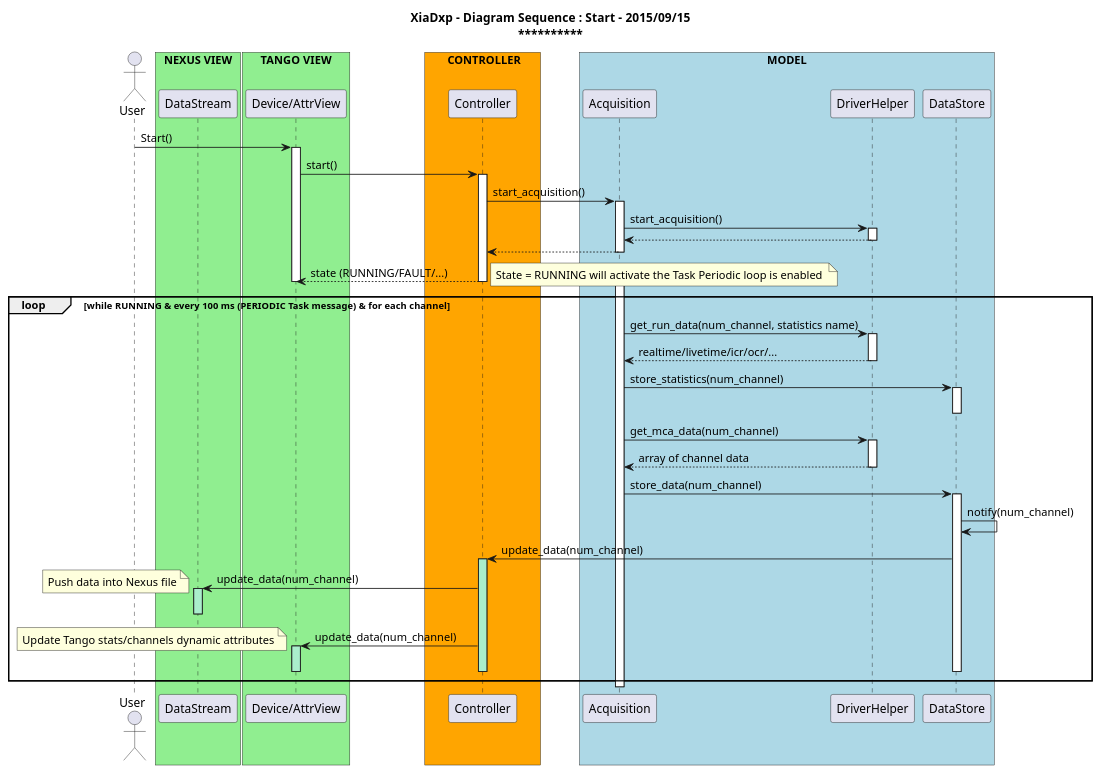
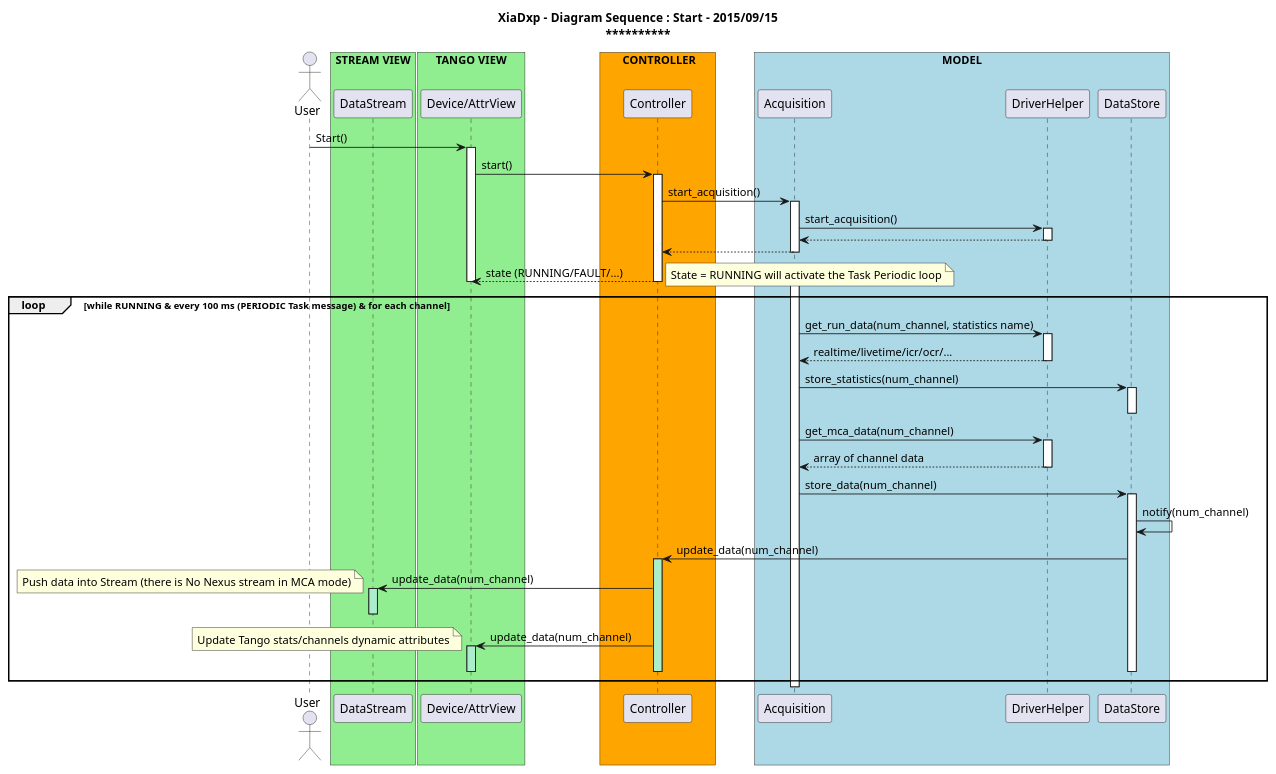
The diagram in uml/diagram_sequence_start_acquisition_MCA_1.puml (anoureddine/XiaDxp), drawn with PlantUML before and after one commit. The commit also changed 16 other files, not shown here.

Commit message:
- Enhance Controller::update_parameters() : build stream only when it is necessary ! - Modify rois string format : use ; instead of "," as separator - Remove "_" in statistics attributes names in order to meet tango coding rules - Update some uml diagrams

```diff
--- a/uml/diagram_sequence_start_acquisition_MCA_1.puml
+++ b/uml/diagram_sequence_start_acquisition_MCA_1.puml
@@ -1,105 +1,105 @@
 @startuml
 
 title <b>XiaDxp - Diagram Sequence  : Start - 2015/09/15</b>\n**********************************************
 
 actor User
 
 participant "DataStream" as Stream
-box "NEXUS VIEW" #LightGreen
+box "STREAM VIEW" #LightGreen
 	participant Stream
 end box
 
 participant "Device/AttrView" as Device
 box "TANGO VIEW" #LightGreen
 	participant Device
 end box
 
 participant "Controller" as Ctrl
 box "       CONTROLLER      " #Orange
 	participant Ctrl
 end box
 
 participant "Acquisition" as Acq
 participant "DriverHelper" as Driver
 participant "DataStore" as Store
 box "MODEL" #LightBlue
 	participant Acq
 	participant Driver
     participant Store
 end box
 
 
 User -> Device: Start()
 activate Device
 
 Device -> Ctrl: start()
 activate Ctrl
 
 Ctrl -> Acq : start_acquisition()
 activate Acq
 
 Acq -> Driver : start_acquisition()
 activate Driver
 
 Driver --> Acq 
 deactivate Driver
 
 Acq --> Ctrl
 deactivate Acq
 
 Ctrl --> Device : state (RUNNING/FAULT/...)
 deactivate Ctrl
 deactivate Device
 
 note right 
-            State = RUNNING will activate the Task Periodic loop is enabled 
+            State = RUNNING will activate the Task Periodic loop
 end note
 
 activate Acq
 
 loop while  RUNNING & every 100 ms (PERIODIC Task message) & for each channel
             Acq -> Driver : get_run_data(num_channel, statistics name)
             activate Driver
 
             Driver --> Acq :  realtime/livetime/icr/ocr/...
             deactivate Driver
 
             Acq -> Store: store_statistics(num_channel)
             activate Store
             deactivate Store
 
             Acq -> Driver : get_mca_data(num_channel)
             activate Driver
 
             Driver --> Acq : array of channel data
             deactivate Driver
 
 
             Acq -> Store: store_data(num_channel)
             activate Store            
             Store -> Store : notify(num_channel)
             
             Store -> Ctrl : update_data(num_channel)
             activate Ctrl #AAEECC
 
             Ctrl -> Stream : update_data(num_channel)
             activate Stream #AAEECC
 note left 
-            Push data into Nexus file
+            Push data into Stream (there is No Nexus stream in MCA mode)
 end note
             deactivate Stream
 
             Ctrl -> Device : update_data(num_channel)
             activate Device #AAEECC
 note left 
             Update Tango stats/channels dynamic attributes
 end note
             deactivate Device
             deactivate Ctrl
             deactivate Store
 
         end
 
 deactivate Acq
 
 @enduml
```
